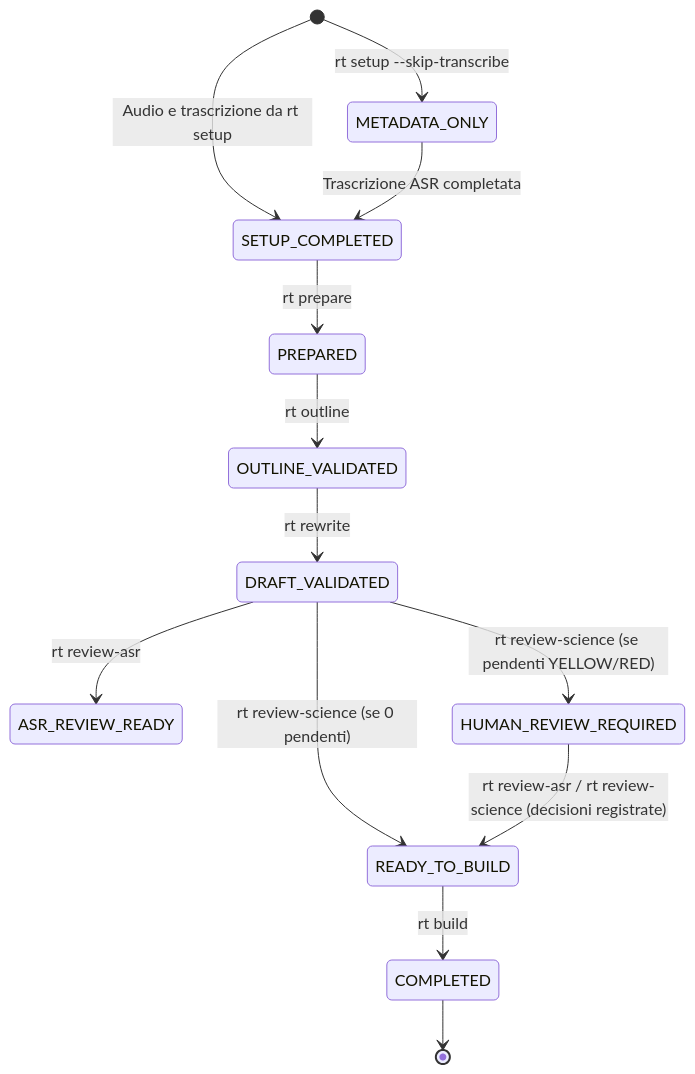
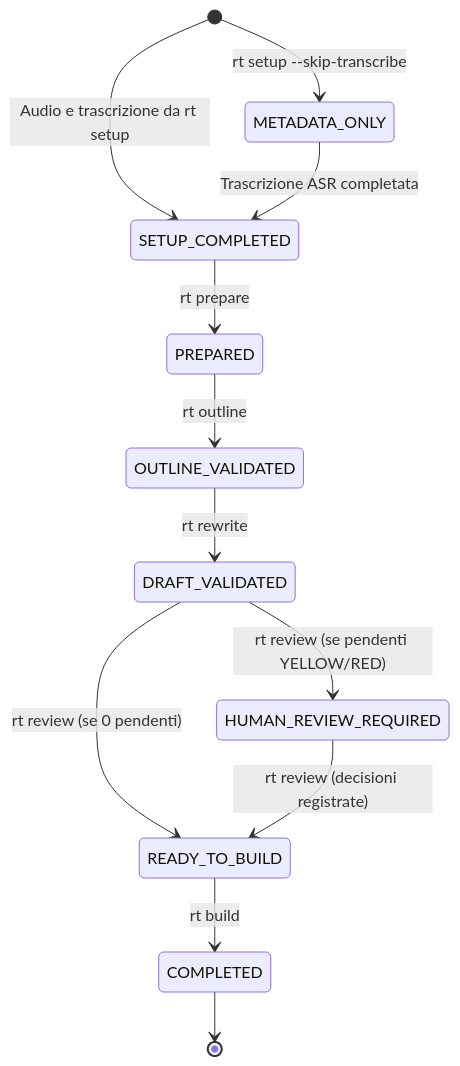
The diagram in docs/WORKFLOW.md (atturk/rt), drawn with Mermaid before and after one commit. The commit also changed other lines of this file and 18 other files, not shown here.

````diff
--- a/docs/WORKFLOW.md
+++ b/docs/WORKFLOW.md
@@ -11,15 +14,14 @@
 ```mermaid
 stateDiagram-v2
     [*] --> METADATA_ONLY: rt setup --skip-transcribe
     [*] --> SETUP_COMPLETED: Audio e trascrizione da rt setup
     METADATA_ONLY --> SETUP_COMPLETED: Trascrizione ASR completata
     SETUP_COMPLETED --> PREPARED: rt prepare
     PREPARED --> OUTLINE_VALIDATED: rt outline
     OUTLINE_VALIDATED --> DRAFT_VALIDATED: rt rewrite
-    DRAFT_VALIDATED --> ASR_REVIEW_READY: rt review-asr
-    DRAFT_VALIDATED --> HUMAN_REVIEW_REQUIRED: rt review-science (se pendenti YELLOW/RED)
-    DRAFT_VALIDATED --> READY_TO_BUILD: rt review-science (se 0 pendenti)
-    HUMAN_REVIEW_REQUIRED --> READY_TO_BUILD: rt review-asr / rt review-science (decisioni registrate)
+    DRAFT_VALIDATED --> HUMAN_REVIEW_REQUIRED: rt review (se pendenti YELLOW/RED)
+    DRAFT_VALIDATED --> READY_TO_BUILD: rt review (se 0 pendenti)
+    HUMAN_REVIEW_REQUIRED --> READY_TO_BUILD: rt review (decisioni registrate)
     READY_TO_BUILD --> COMPLETED: rt build
     COMPLETED --> [*]
 ```
````
